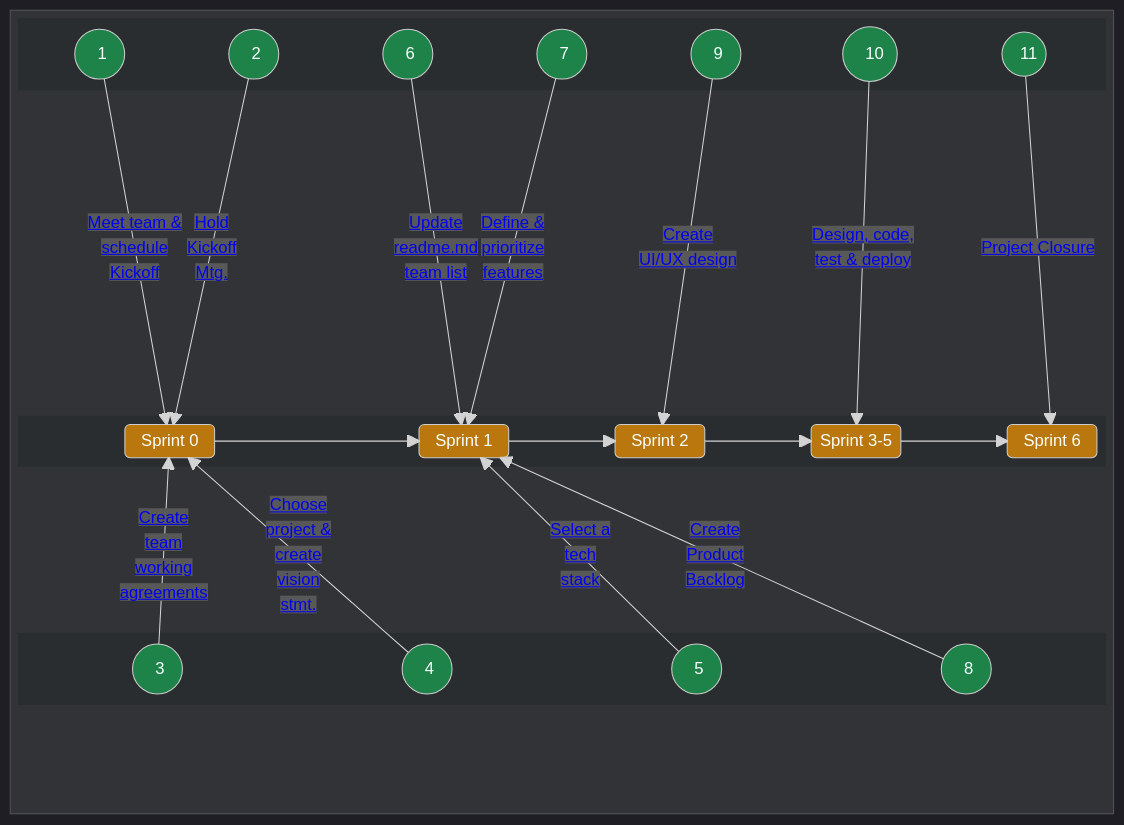
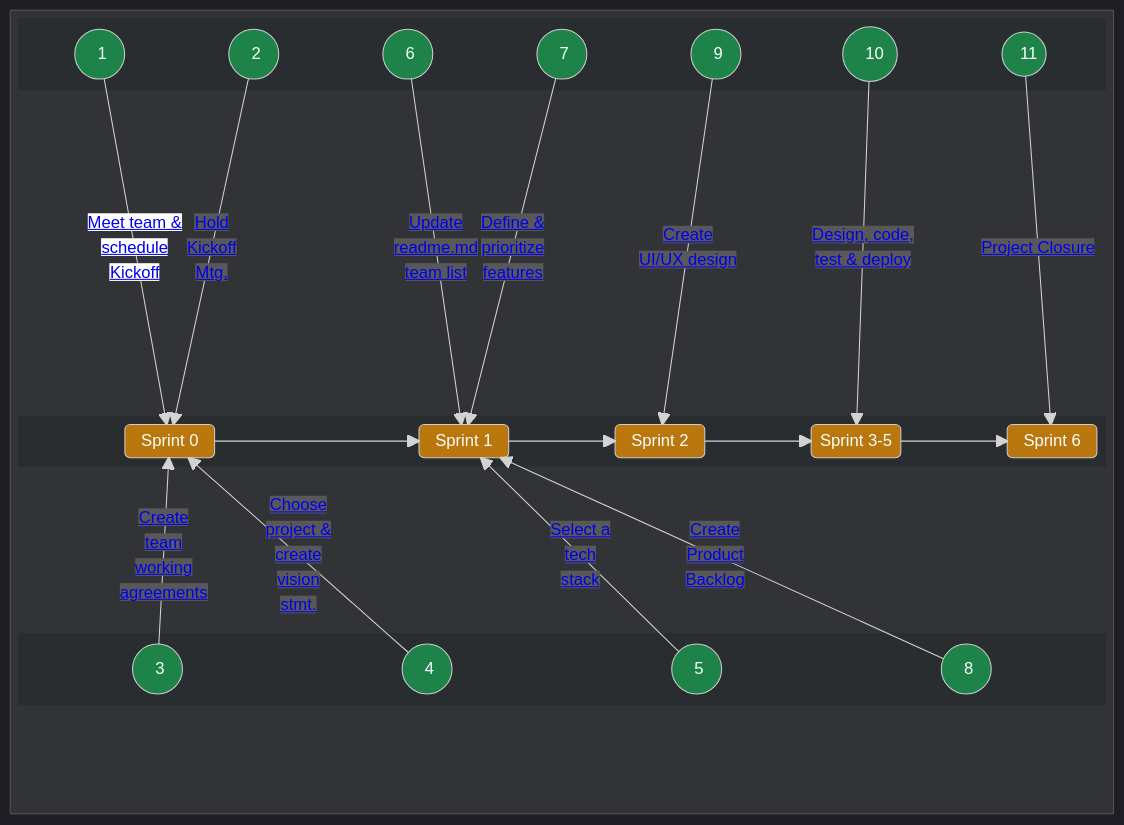
One commit to chingu-voyages/Handbook changed the first of 2 diagrams in docs/guides/voyage/voyage.md. Above: the diagram before and after it, drawn with Mermaid.

Commit message:
Feature: Update sprint diagram task ordering

```diff
--- a/docs/guides/voyage/voyage.md
+++ b/docs/guides/voyage/voyage.md
@@ -108,7 +108,7 @@
       end
       space
 
-      A1 -- "<a href="https://github.com/chingu-voyages/Handbook/blob/main/docs/guides/voyage/voyage.md#1-meet-your-team--schedule-kickoff-meeting-">Meet team &</br>schedule</br>Kickoff</a>" --> SPRINT0
+      A1 -- "<a style="background-color: white" href="https://github.com/chingu-voyages/Handbook/blob/main/docs/guides/voyage/voyage.md#1-meet-your-team--schedule-kickoff-meeting-">Meet team &</br>schedule</br>Kickoff</a>" --> SPRINT0
       A2 -- "<a href="https://github.com/chingu-voyages/Handbook/blob/main/docs/guides/voyage/voyage.md#2-conduct-kickoff-meeting-">Hold</br>Kickoff</br>Mtg.</a>" --> SPRINT0
       A3 -- "<a href="https://github.com/chingu-voyages/Handbook/blob/main/docs/guides/voyage/voyage.md#3-setup-your-teams-working-agreements-">Create</br>team</br>working</br>agreements</a>" --> SPRINT0
       A4 -- "<a href="https://github.com/chingu-voyages/Handbook/blob/main/docs/guides/voyage/voyage.md#4-choose-a-project--create-a-vision-statement-">Choose</br>project &</br>create</br>vision</br>stmt.</a>" --> SPRINT0
```
